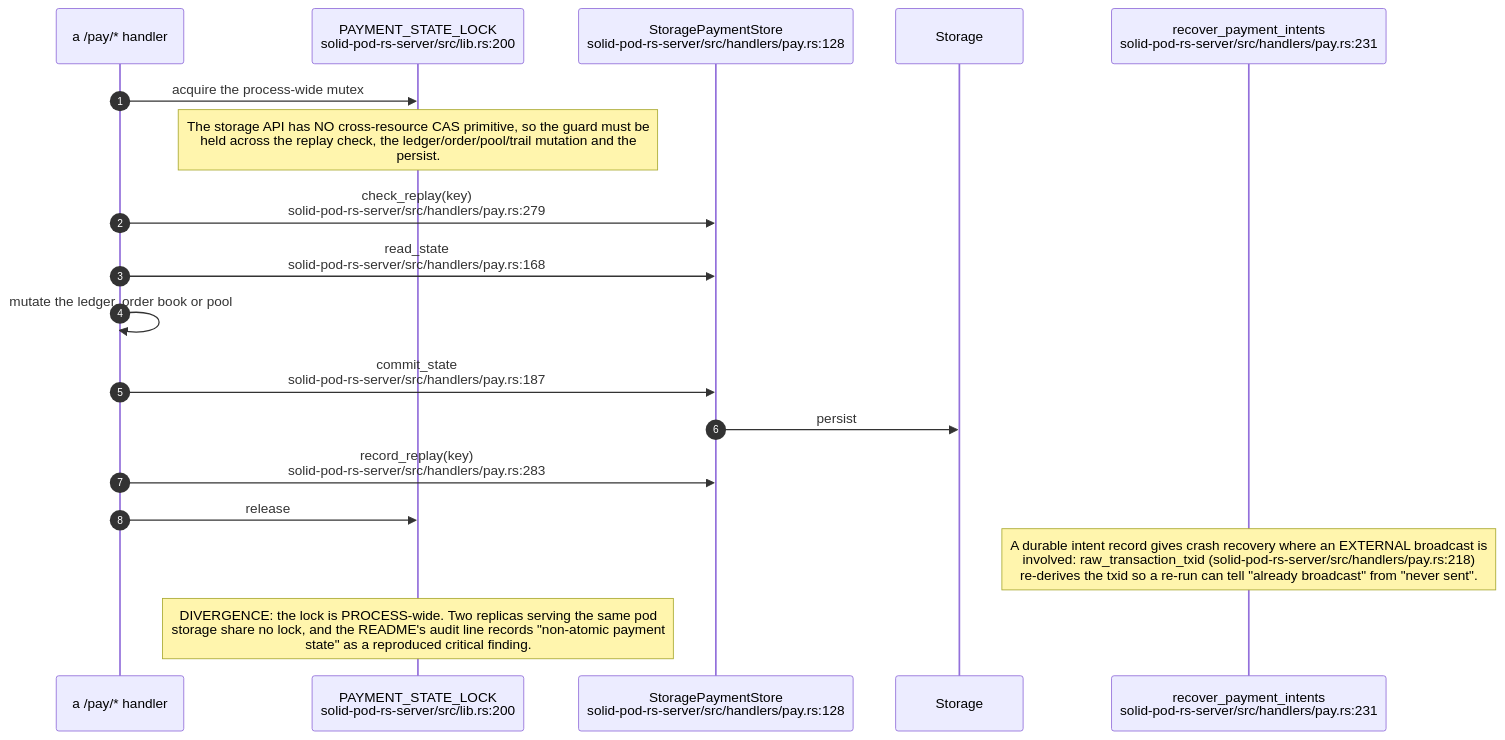
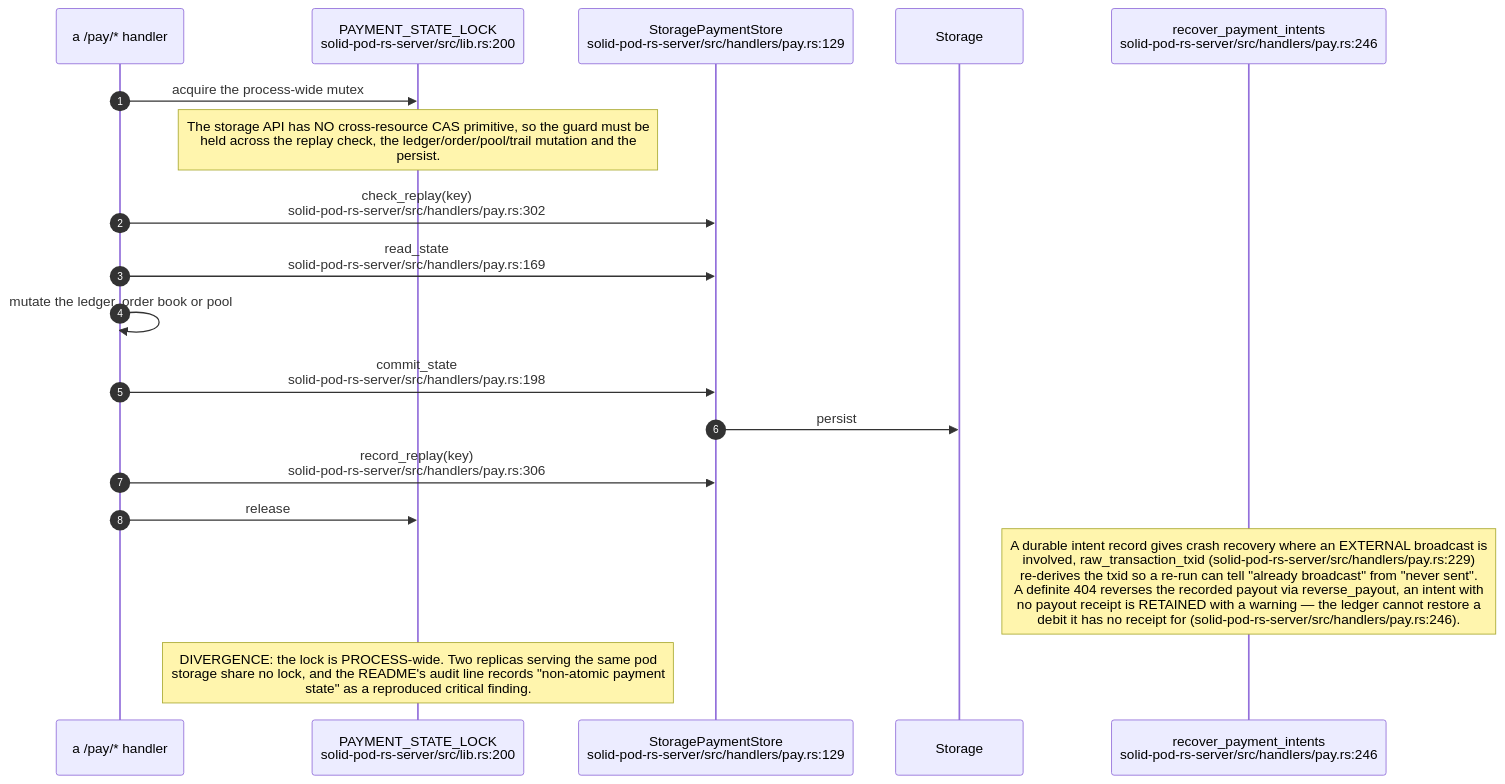
One commit to DreamLab-AI/VisionFlow changed diagram 14 of 17 in docs/diagrams/solid-pod-rs/07-provenance-and-payments.md. Above: the diagram before and after it, drawn with Mermaid. The commit also changed other lines of this file and 111 other files, not shown here.

Commit message:
docs(diagrams): align estate maps with current source

````diff
--- a/docs/diagrams/solid-pod-rs/07-provenance-and-payments.md
+++ b/docs/diagrams/solid-pod-rs/07-provenance-and-payments.md
@@ -413,22 +417,22 @@
 ```mermaid
 sequenceDiagram
     autonumber
     participant H as a /pay/* handler
     participant L as PAYMENT_STATE_LOCK<br/>solid-pod-rs-server/src/lib.rs:200
-    participant PS as StoragePaymentStore<br/>solid-pod-rs-server/src/handlers/pay.rs:128
+    participant PS as StoragePaymentStore<br/>solid-pod-rs-server/src/handlers/pay.rs:129
     participant S as Storage
-    participant RC as recover_payment_intents<br/>solid-pod-rs-server/src/handlers/pay.rs:231
+    participant RC as recover_payment_intents<br/>solid-pod-rs-server/src/handlers/pay.rs:246
 
     H->>L: acquire the process-wide mutex
     Note over L: The storage API has NO cross-resource CAS primitive, so the guard must be<br/>held across the replay check, the ledger/order/pool/trail mutation and the<br/>persist.
-    H->>PS: check_replay(key)<br/>solid-pod-rs-server/src/handlers/pay.rs:279
-    H->>PS: read_state<br/>solid-pod-rs-server/src/handlers/pay.rs:168
+    H->>PS: check_replay(key)<br/>solid-pod-rs-server/src/handlers/pay.rs:302
+    H->>PS: read_state<br/>solid-pod-rs-server/src/handlers/pay.rs:169
     H->>H: mutate the ledger, order book or pool
-    H->>PS: commit_state<br/>solid-pod-rs-server/src/handlers/pay.rs:187
+    H->>PS: commit_state<br/>solid-pod-rs-server/src/handlers/pay.rs:198
     PS->>S: persist
-    H->>PS: record_replay(key)<br/>solid-pod-rs-server/src/handlers/pay.rs:283
+    H->>PS: record_replay(key)<br/>solid-pod-rs-server/src/handlers/pay.rs:306
     H->>L: release
 
-    Note over RC: A durable intent record gives crash recovery where an EXTERNAL broadcast is<br/>involved: raw_transaction_txid (solid-pod-rs-server/src/handlers/pay.rs:218)<br/>re-derives the txid so a re-run can tell "already broadcast" from "never sent".
+    Note over RC: A durable intent record gives crash recovery where an EXTERNAL broadcast is<br/>involved, raw_transaction_txid (solid-pod-rs-server/src/handlers/pay.rs:229)<br/>re-derives the txid so a re-run can tell "already broadcast" from "never sent".<br/>A definite 404 reverses the recorded payout via reverse_payout, an intent with<br/>no payout receipt is RETAINED with a warning — the ledger cannot restore a<br/>debit it has no receipt for (solid-pod-rs-server/src/handlers/pay.rs:246).
     Note over L: DIVERGENCE: the lock is PROCESS-wide. Two replicas serving the same pod<br/>storage share no lock, and the README's audit line records "non-atomic payment<br/>state" as a reproduced critical finding.
 ```
````
